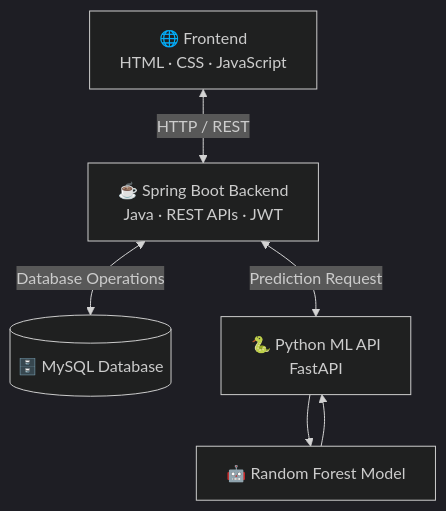
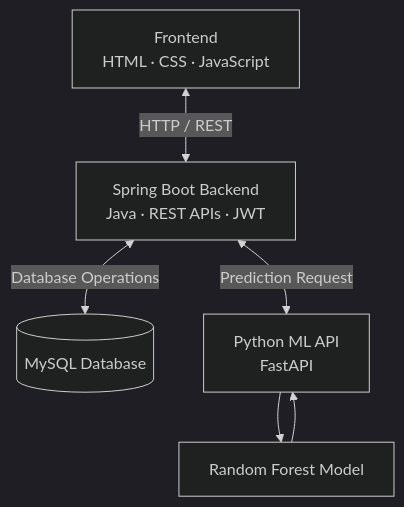
Before and after one commit to ayushtripathi-45/Vitalis-AI: the diagram in README.md, drawn with Mermaid (dark theme). The commit also changed other lines of this file, not shown here.

````diff
--- a/README.md
+++ b/README.md
@@ -44,14 +42,14 @@
 ```mermaid
 flowchart TD
-    A["🌐 Frontend<br/>HTML · CSS · JavaScript"]
-    B["☕ Spring Boot Backend<br/>Java · REST APIs · JWT"]
-    C[("🗄️ MySQL Database")]
-    D["🐍 Python ML API<br/>FastAPI"]
-    E["🤖 Random Forest Model"]
+    A["Frontend<br/>HTML · CSS · JavaScript"]
+    B["Spring Boot Backend<br/>Java · REST APIs · JWT"]
+    C[("MySQL Database")]
+    D["Python ML API<br/>FastAPI"]
+    E["Random Forest Model"]
 
     A <-->|HTTP / REST| B
     B <-->|Database Operations| C
     B <-->|Prediction Request| D
     D --> E
     E --> D
 ```
````
